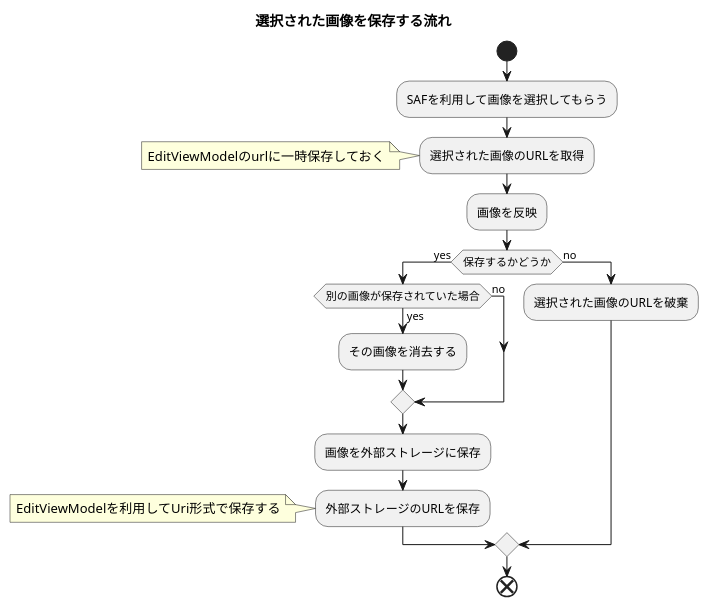
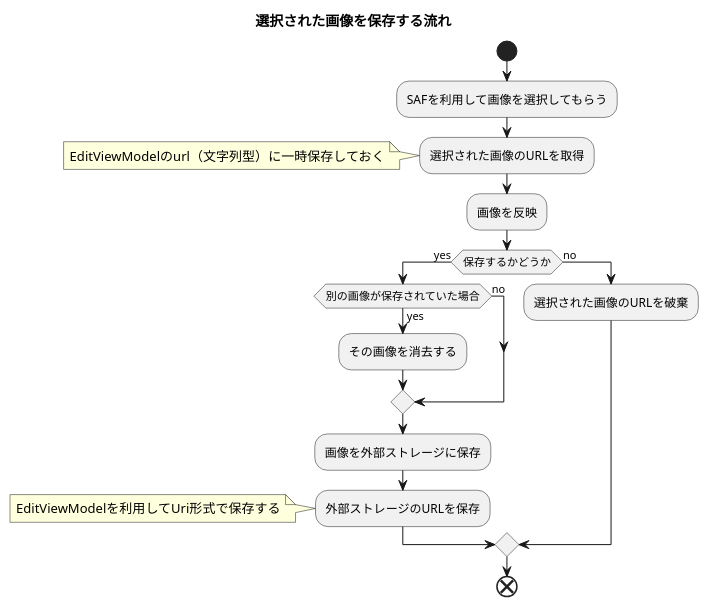
The diagram in uml/image.puml (Wansuko-cmd/Katana-Recorder), drawn with PlantUML before and after one commit. The commit also changed 1 other file, not shown here.

```diff
--- a/uml/image.puml
+++ b/uml/image.puml
@@ -1,30 +1,30 @@
 @startuml
 title 選択された画像を保存する流れ
 
 start
 
 :SAFを利用して画像を選択してもらう;
 
 :選択された画像のURLを取得;
 note left
-    EditViewModelのurlに一時保存しておく
+    EditViewModelのurl（文字列型）に一時保存しておく
 end note
 
 :画像を反映;
 
 if(保存するかどうか) then (yes)
     if(別の画像が保存されていた場合) then (yes)
         :その画像を消去する;
      else(no)
      endif
 
     :画像を外部ストレージに保存;
     :外部ストレージのURLを保存;
     note left
         EditViewModelを利用してUri形式で保存する
     end note
 else (no)
     :選択された画像のURLを破棄;
 endif
 end
 @enduml
```
